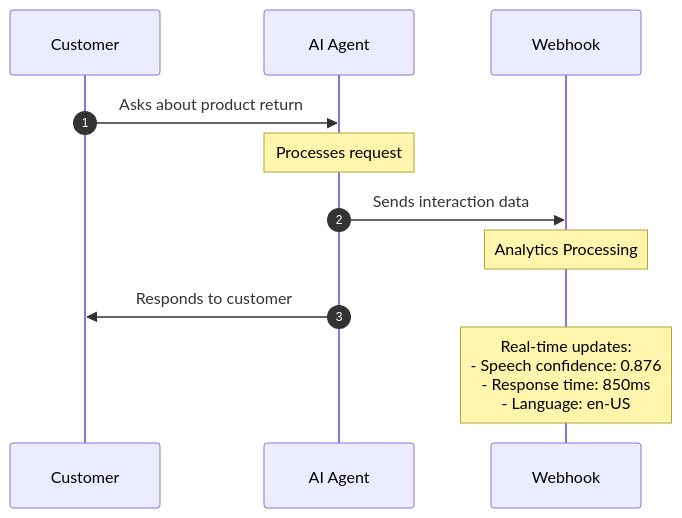
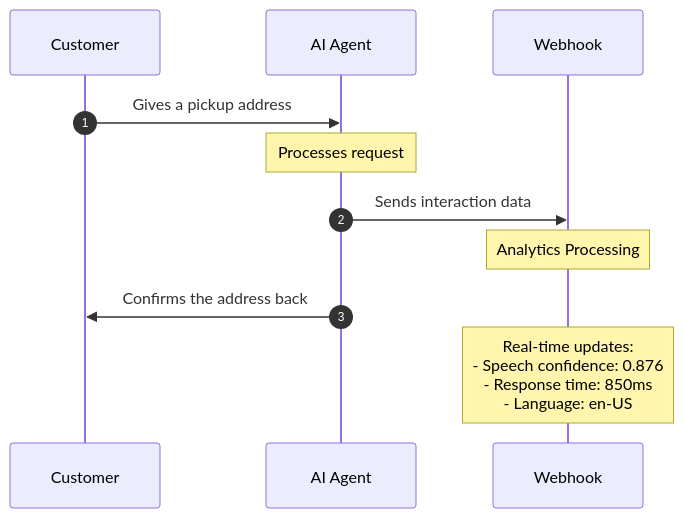
One commit to signalwire/docs changed the seventh of 9 diagrams in fern/products/platform/pages/ai/get-started/capabilities/index.mdx. Above: the diagram before and after it, drawn with Mermaid. The commit also changed other lines of this file and 8 other files, not shown here.

````diff
--- a/fern/products/platform/pages/ai/get-started/capabilities/index.mdx
+++ b/fern/products/platform/pages/ai/get-started/capabilities/index.mdx
@@ -245,14 +254,14 @@
 ```mermaid
 sequenceDiagram
     autonumber
     participant C as Customer
     participant A as AI Agent
     participant W as Webhook
 
-    C->>A: Asks about product return
+    C->>A: Gives a pickup address
     Note over A: Processes request
     A->>W: Sends interaction data
     Note over W: Analytics Processing
-    A->>C: Responds to customer
+    A->>C: Confirms the address back
     Note over W: Real-time updates:<br/>- Speech confidence: 0.876<br/>- Response time: 850ms<br/>- Language: en-US
 ```
````
